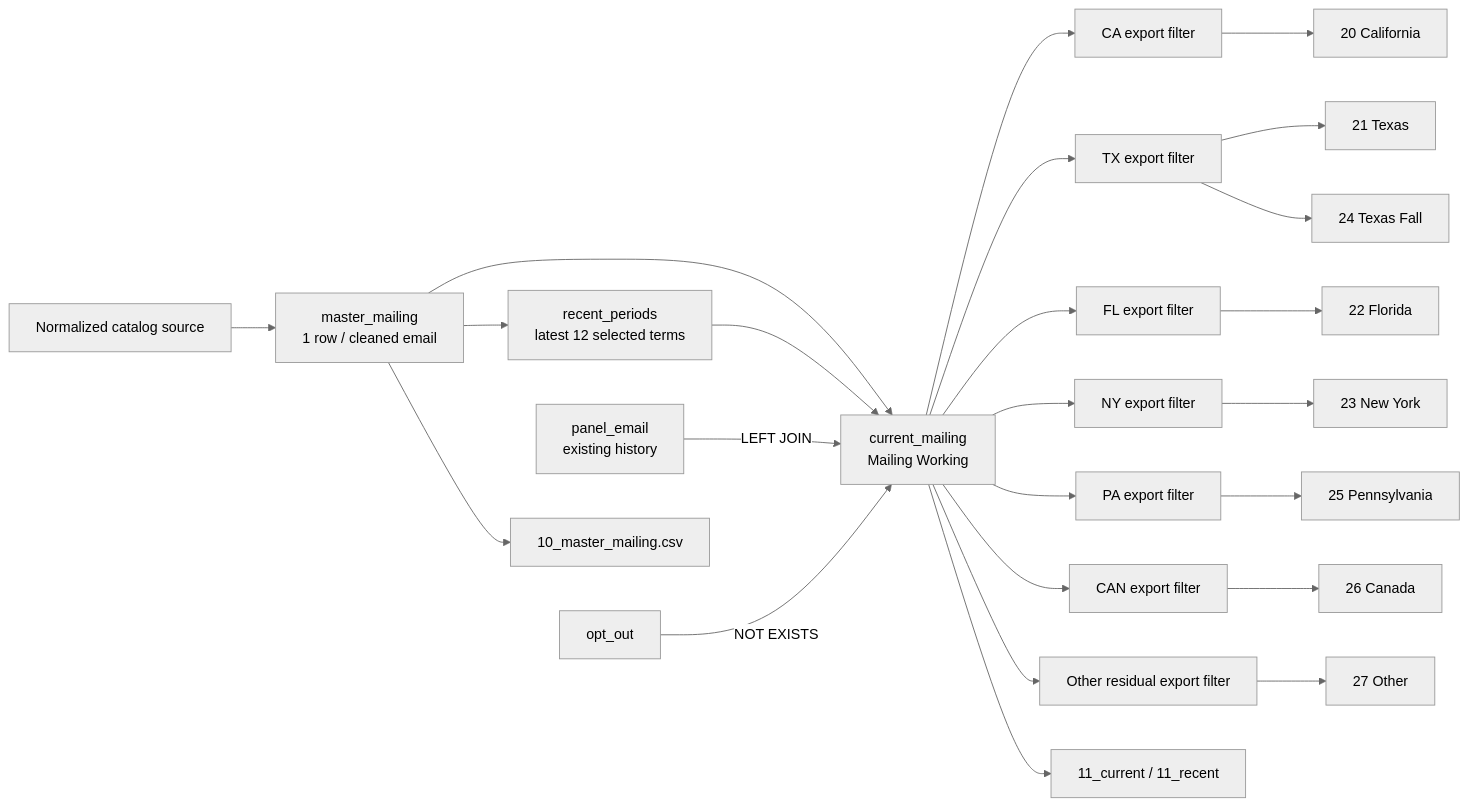
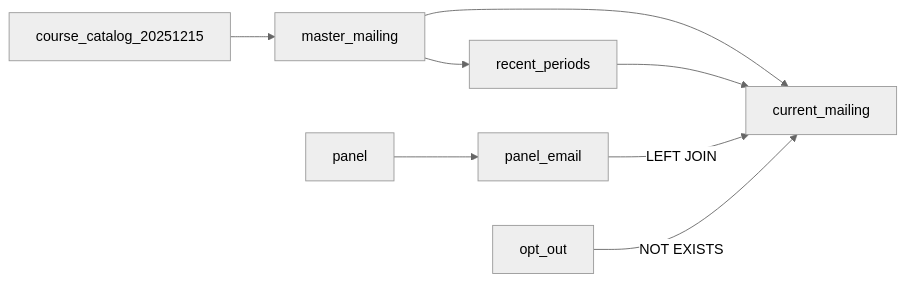
The diagram in MAILING-FLOW.md (christopherseaman/commodoreSQL), drawn with Mermaid (neutral theme) before and after one commit. The commit also changed other lines of this file and 129 other files, not shown here.

````diff
--- a/MAILING-FLOW.md
+++ b/MAILING-FLOW.md
@@ -13,26 +9,10 @@
 ```mermaid
 flowchart LR
-    S[Normalized catalog source] --> M[master_mailing<br/>1 row / cleaned email]
-    M --> R[recent_periods<br/>latest 12 selected terms]
-    M --> W[current_mailing<br/>Mailing Working]
+    S[course_catalog_20251215] --> M[master_mailing]
+    M --> R[recent_periods]
+    M --> W[current_mailing]
     R --> W
-    P[panel_email<br/>existing history] -->|LEFT JOIN| W
+    H[panel] --> P[panel_email]
+    P -->|LEFT JOIN| W
     O[opt_out] -->|NOT EXISTS| W
-    W --> CA[CA export filter]
-    W --> TX[TX export filter]
-    W --> FL[FL export filter]
-    W --> NY[NY export filter]
-    W --> PA[PA export filter]
-    W --> CAN[CAN export filter]
-    W --> OTHER[Other residual export filter]
-    M --> E10[10_master_mailing.csv]
-    W --> E11[11_current / 11_recent]
-    CA --> E20[20 California]
-    TX --> E21[21 Texas]
-    TX --> E24[24 Texas Fall]
-    FL --> E22[22 Florida]
-    NY --> E23[23 New York]
-    PA --> E25[25 Pennsylvania]
-    CAN --> E26[26 Canada]
-    OTHER --> E27[27 Other]
 ```
````
